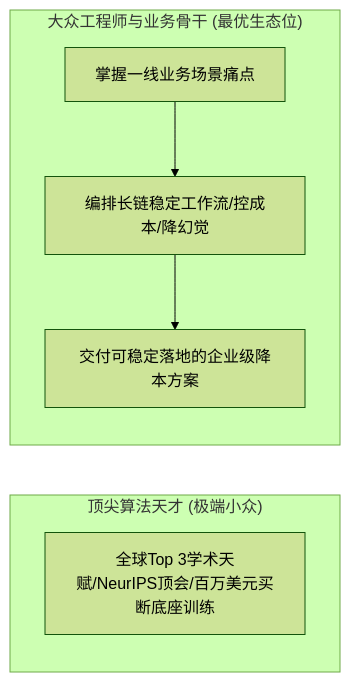
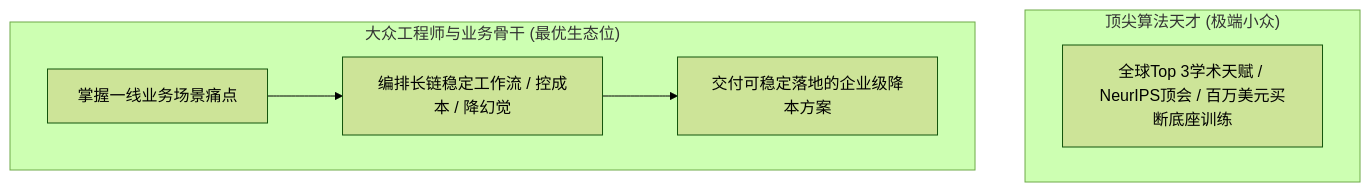
One commit to dollarser/knowledge changed the second of 4 diagrams in content/live-20260922-laozeng-02.md. Above: the diagram before and after it, drawn with Mermaid (forest theme). The commit also changed other lines of this file and 7 other files, not shown here.

Commit message:
style: convert horizontal LR mermaid diagrams to vertical TD for readable text on all screens

````diff
--- a/content/live-20260922-laozeng-02.md
+++ b/content/live-20260922-laozeng-02.md
@@ -61,10 +61,10 @@
 ```mermaid
-flowchart LR
+flowchart TD
     subgraph Genius["顶尖算法天才 (极端小众)"]
-        Top["全球Top 3学术天赋/NeurIPS顶会/百万美元买断底座训练"]
+        Top["全球Top 3学术天赋 / NeurIPS顶会 / 百万美元买断底座训练"]
     end
     subgraph Regular["大众工程师与业务骨干 (最优生态位)"]
-        Work["掌握一线业务场景痛点"] --> Orchestration["编排长链稳定工作流/控成本/降幻觉"]
+        Work["掌握一线业务场景痛点"] --> Orchestration["编排长链稳定工作流 / 控成本 / 降幻觉"]
         Orchestration --> Moat["交付可稳定落地的企业级降本方案"]
     end
 ```
````
